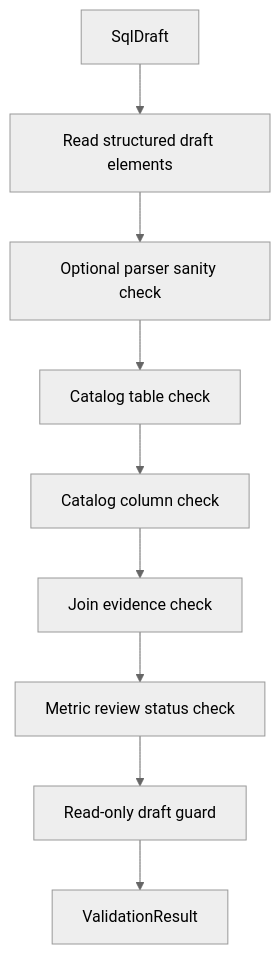
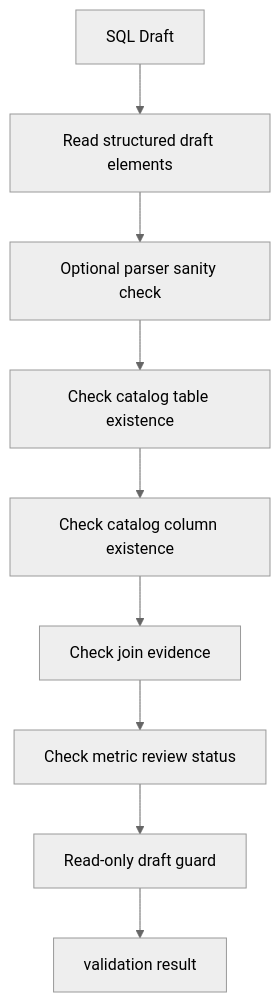
Before and after one commit to xiaoguang/relation-detector: the second of 2 diagrams in docs/design/semantic-layer/11-sql-validator.md, drawn with Mermaid (neutral theme). The commit also changed other lines of this file and 14 other files, not shown here.

````diff
--- a/docs/design/semantic-layer/11-sql-validator.md
+++ b/docs/design/semantic-layer/11-sql-validator.md
@@ -46,11 +66,11 @@
 ```mermaid
 flowchart TD
-  A["SqlDraft"] --> B["Read structured draft elements"]
+  A["SQL Draft"] --> B["Read structured draft elements"]
   B --> C["Optional parser sanity check"]
-  C --> D["Catalog table check"]
-  D --> E["Catalog column check"]
-  E --> F["Join evidence check"]
-  F --> G["Metric review status check"]
+  C --> D["Check catalog table existence"]
+  D --> E["Check catalog column existence"]
+  E --> F["Check join evidence"]
+  F --> G["Check metric review status"]
   G --> H["Read-only draft guard"]
-  H --> I["ValidationResult"]
+  H --> I["validation result"]
 ```
````
